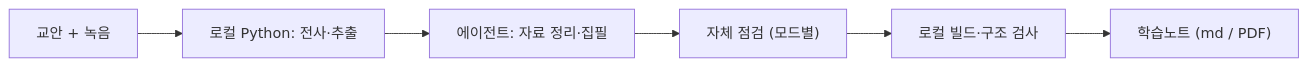
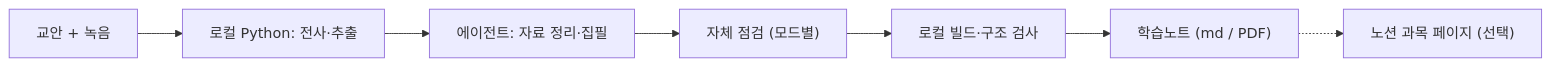
Before and after one commit to choconyam/gongbu-haja: the diagram in README.md, drawn with Mermaid. The commit also changed other lines of this file and 6 other files, not shown here.

````diff
--- a/README.md
+++ b/README.md
@@ -120,8 +121,9 @@
 ```mermaid
 flowchart LR
     U["교안 + 녹음"] --> P["로컬 Python: 전사·추출"]
     P --> A["에이전트: 자료 정리·집필"]
     A --> C["자체 점검 (모드별)"]
     C --> B["로컬 빌드·구조 검사"]
     B --> O["학습노트 (md / PDF)"]
+    O -.-> N["노션 과목 페이지 (선택)"]
 ```
````
